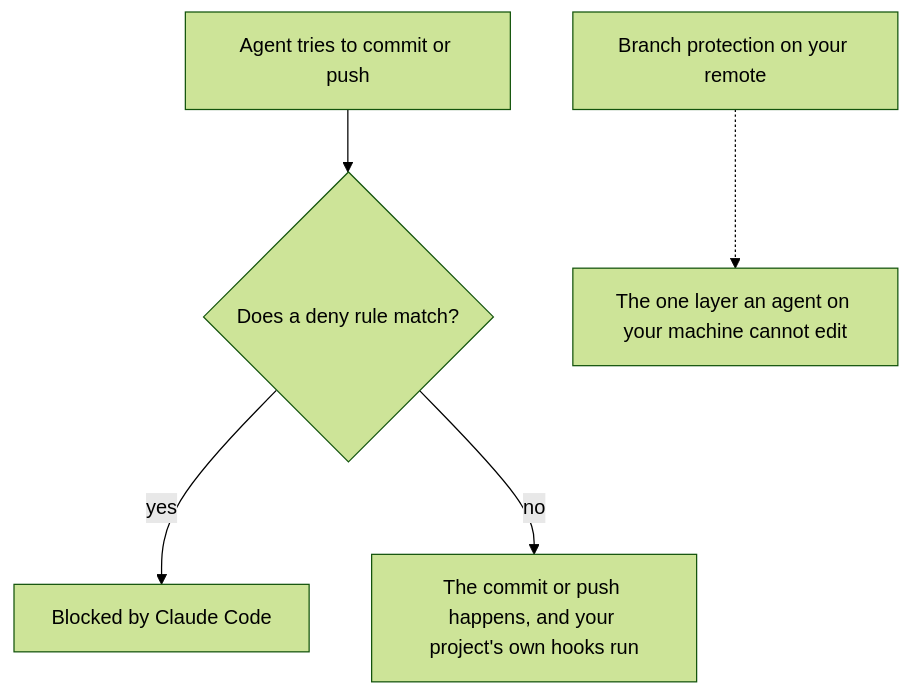
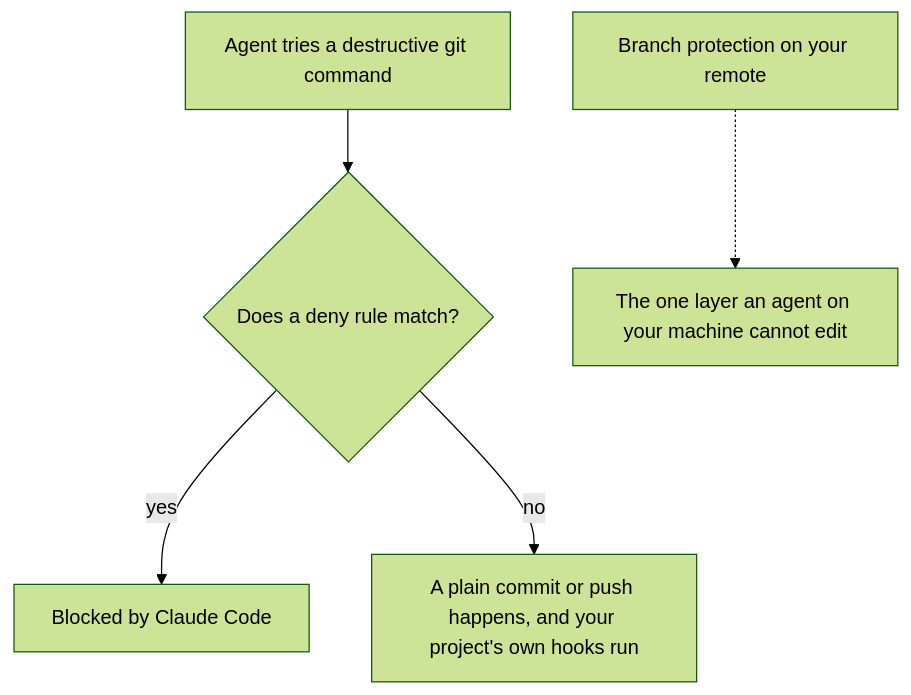
Before and after one commit to ChristopherAlphonse/calphonse-skills: the diagram in factory/docs/safety.md, drawn with Mermaid (forest theme).

Commit message:
fix(safety): clarify agent actions in safety documentation flowchart

````diff
--- a/factory/docs/safety.md
+++ b/factory/docs/safety.md
@@ -32,7 +32,7 @@
 ```mermaid
 flowchart TD
-    A["Agent tries to commit or push"] --> B{"Does a deny rule match?"}
+    A["Agent tries a destructive git command"] --> B{"Does a deny rule match?"}
     B -- yes --> X["Blocked by Claude Code"]
-    B -- no --> D["The commit or push happens, and your project's own hooks run"]
+    B -- no --> D["A plain commit or push happens, and your project's own hooks run"]
     R["Branch protection on your remote"] -.-> S["The one layer an agent on your machine cannot edit"]
 ```
````
